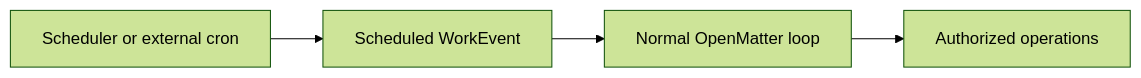
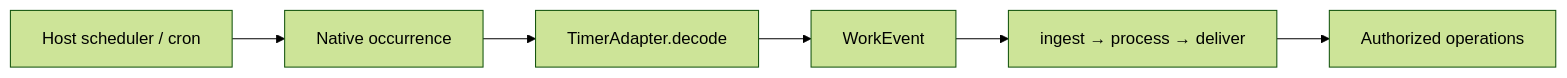
One commit to openma-ai/OpenMatter changed the fifth of 7 diagrams in docs/ARCHITECTURE.md. Above: the diagram before and after it, drawn with Mermaid (forest theme). The commit also changed other lines of this file and 57 other files, not shown here.

Commit message:
feat: add serverless-first OpenMatter SDK skeleton

````diff
--- a/docs/ARCHITECTURE.md
+++ b/docs/ARCHITECTURE.md
@@ -189,9 +189,11 @@
 ```mermaid
 flowchart LR
-    SCH["Scheduler or external cron"]
-    TICK["Scheduled WorkEvent"]
-    RT["Normal OpenMatter loop"]
+    SCH["Host scheduler / cron"]
+    OCC["Native occurrence"]
+    TA["TimerAdapter.decode"]
+    TICK["WorkEvent"]
+    RT["ingest → process → deliver"]
     OP["Authorized operations"]
 
-    SCH --> TICK --> RT --> OP
+    SCH --> OCC --> TA --> TICK --> RT --> OP
 ```
````
